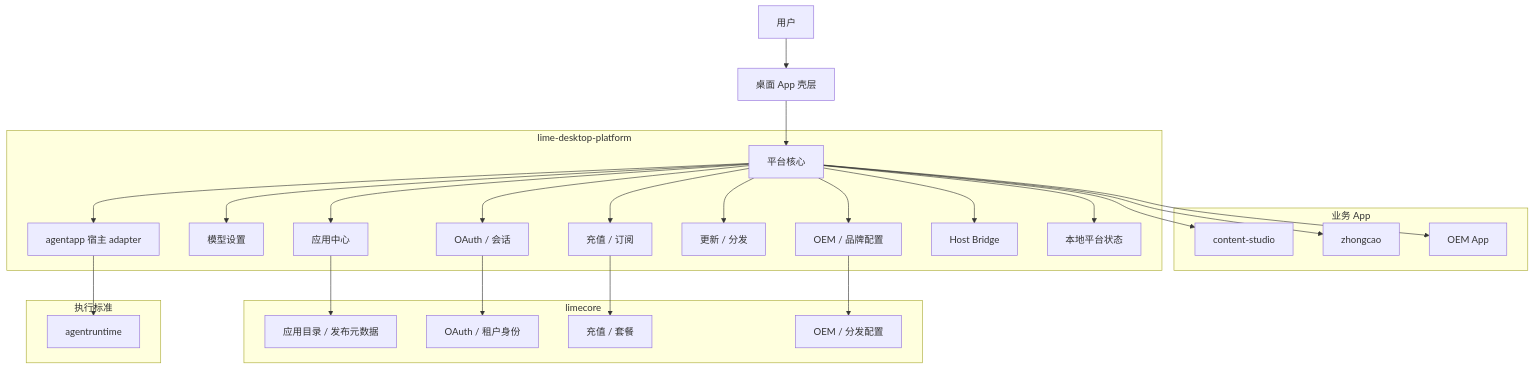
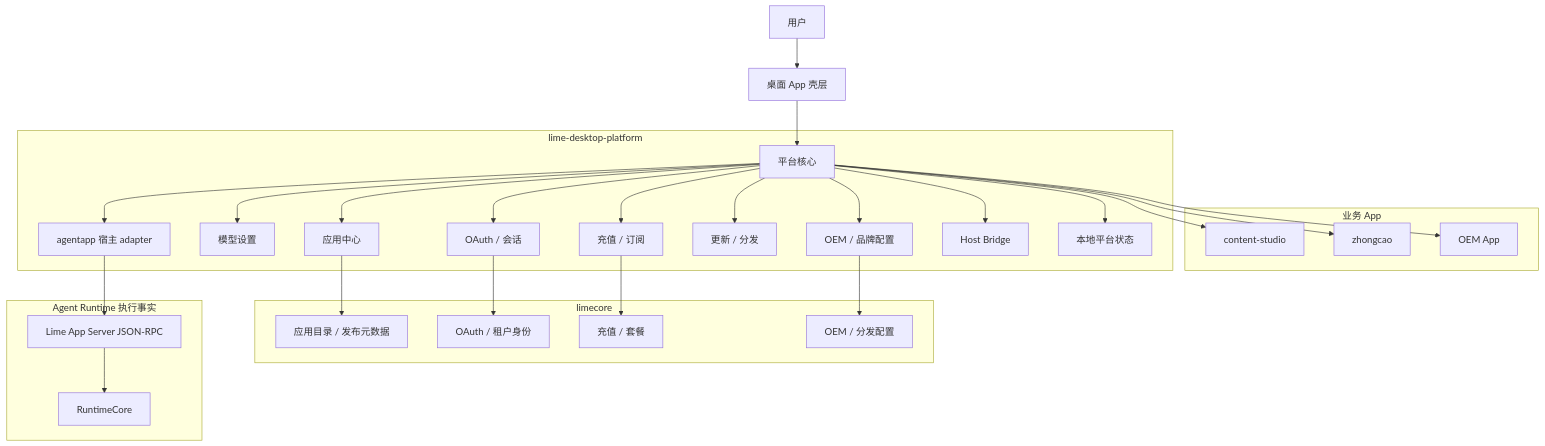
Before and after one commit to limecloud/lime-desktop-platform: the first of 3 diagrams in docs/v1/prd.md, drawn with Mermaid. The commit also changed other lines of this file and 77 other files, not shown here.

````diff
--- a/docs/v1/prd.md
+++ b/docs/v1/prd.md
@@ -213,55 +213,57 @@
 ```mermaid
 flowchart TB
   User[用户] --> Shell[桌面 App 壳层]
 
   subgraph Apps[业务 App]
     CS[content-studio]
     ZC[zhongcao]
     OEM[OEM App]
   end
 
   subgraph Platform[lime-desktop-platform]
     Core[平台核心]
     Center[应用中心]
     Model[模型设置]
     Auth[OAuth / 会话]
     Billing[充值 / 订阅]
     OEMCfg[OEM / 品牌配置]
     Update[更新 / 分发]
     HostRT[agentapp 宿主 adapter]
     Bridge[Host Bridge]
     Store[本地平台状态]
   end
 
   subgraph Cloud[limecore]
     Catalog[应用目录 / 发布元数据]
     Identity[OAuth / 租户身份]
     BillingCloud[充值 / 套餐]
     OEMCloud[OEM / 分发配置]
   end
 
-  subgraph Runtime[执行标准]
-    AR[agentruntime]
+  subgraph Runtime[Agent Runtime 执行事实]
+    AppServer[Lime App Server JSON-RPC]
+    RuntimeCore[RuntimeCore]
   end
 
   Shell --> Core
   Core --> Center
   Core --> Model
   Core --> Auth
   Core --> Billing
   Core --> OEMCfg
   Core --> Update
   Core --> HostRT
   Core --> Bridge
   Core --> Store
 
   Center --> Catalog
   Auth --> Identity
   Billing --> BillingCloud
   OEMCfg --> OEMCloud
-  HostRT --> AR
+  HostRT --> AppServer
+  AppServer --> RuntimeCore
 
   Core --> CS
   Core --> ZC
   Core --> OEM
 ```
````
